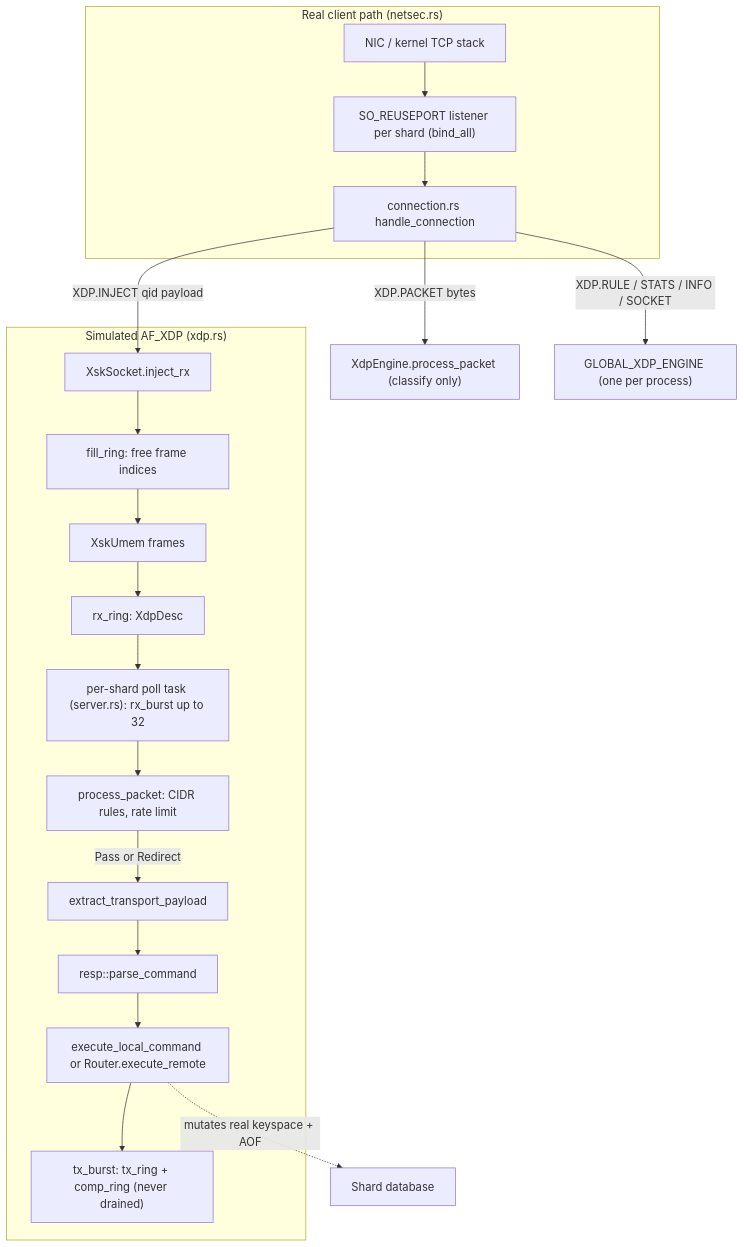
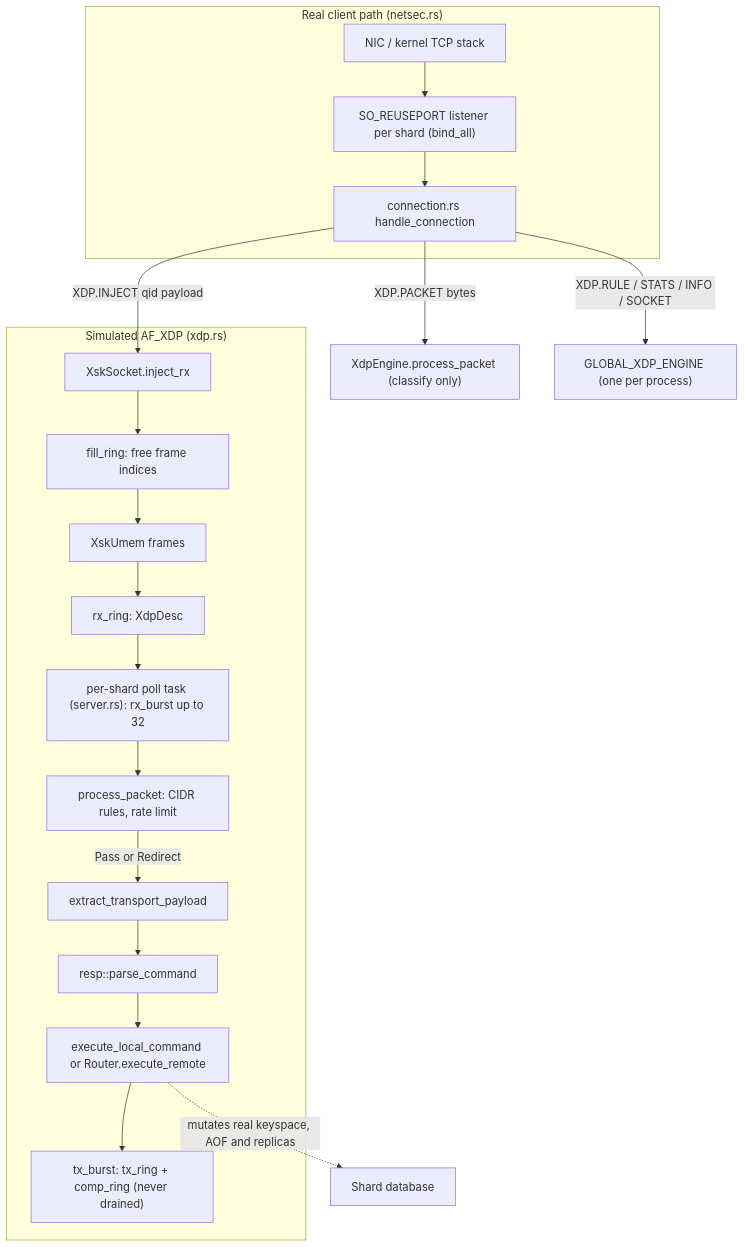
One commit to warrenzhu25/rudis changed the first of 2 diagrams in docs/internal/10_kernel_bypass_xdp.md. Above: the diagram before and after it, drawn with Mermaid. The commit also changed other lines of this file and 18 other files, not shown here.

````diff
--- a/docs/internal/10_kernel_bypass_xdp.md
+++ b/docs/internal/10_kernel_bypass_xdp.md
@@ -39,25 +40,25 @@
 ```mermaid
 flowchart TD
     subgraph Real["Real client path (netsec.rs)"]
         NIC["NIC / kernel TCP stack"] --> L["SO_REUSEPORT listener per shard (bind_all)"]
         L --> CONN["connection.rs handle_connection"]
     end
 
     CONN -->|"XDP.INJECT qid payload"| INJ["XskSocket.inject_rx"]
     CONN -->|"XDP.PACKET bytes"| PP1["XdpEngine.process_packet (classify only)"]
     CONN -->|"XDP.RULE / STATS / INFO / SOCKET"| ENG["GLOBAL_XDP_ENGINE (one per process)"]
 
     subgraph Sim["Simulated AF_XDP (xdp.rs)"]
         INJ --> FILL["fill_ring: free frame indices"]
         FILL --> UMEM["XskUmem frames"]
         UMEM --> RX["rx_ring: XdpDesc"]
         RX --> POLL["per-shard poll task (server.rs): rx_burst up to 32"]
         POLL --> PP2["process_packet: CIDR rules, rate limit"]
         PP2 -->|"Pass or Redirect"| EXT["extract_transport_payload"]
         EXT --> PARSE["resp::parse_command"]
         PARSE --> EXEC["execute_local_command or Router.execute_remote"]
         EXEC --> TX["tx_burst: tx_ring + comp_ring (never drained)"]
     end
 
-    EXEC -.->|"mutates real keyspace + AOF"| DB["Shard database"]
+    EXEC -.->|"mutates real keyspace, AOF and replicas"| DB["Shard database"]
 ```
````
